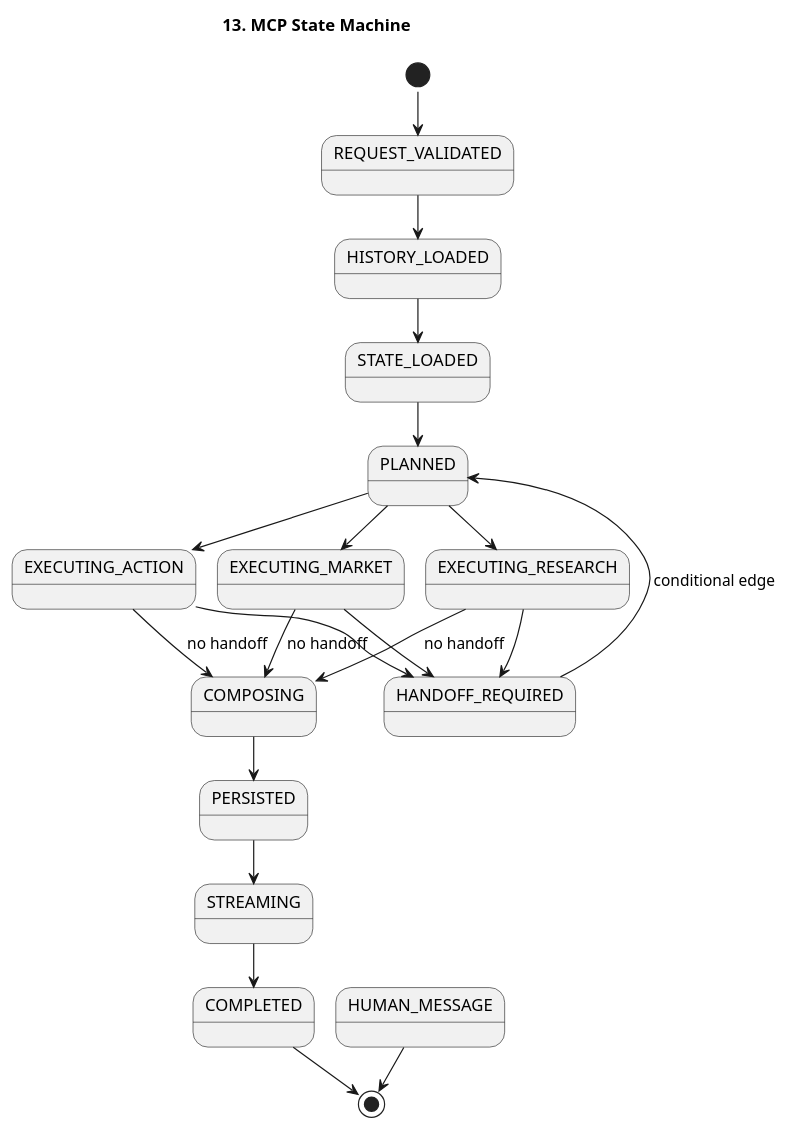
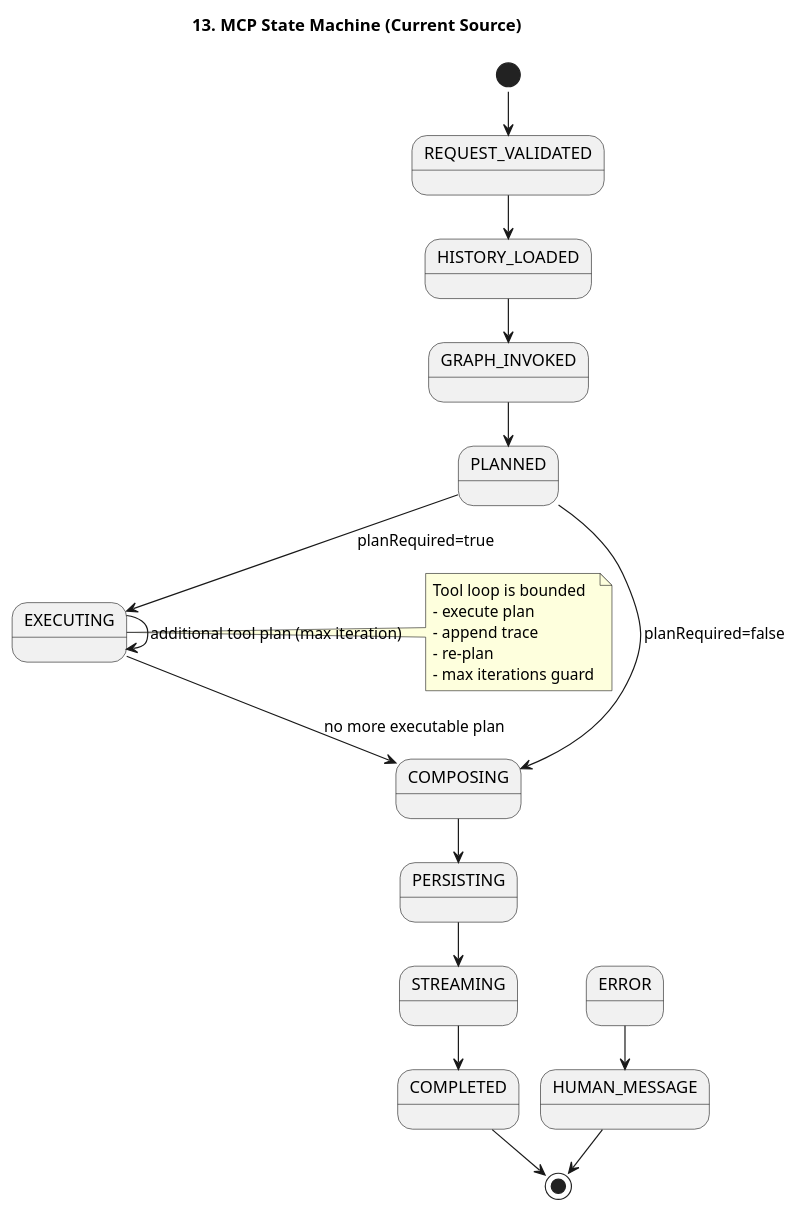
Before and after one commit to kim57uak/spring-ai: the diagram in documents/mcp-orchestrator-architecture/13-mcp-state-machine.puml, drawn with PlantUML. The commit also changed 63 other files, not shown here.

Commit message:
Refactor agent architecture, exception layering, and docs sync

```diff
--- a/documents/mcp-orchestrator-architecture/13-mcp-state-machine.puml
+++ b/documents/mcp-orchestrator-architecture/13-mcp-state-machine.puml
@@ -1,26 +1,34 @@
 @startuml
 !pragma layout smetana
-title 13. MCP State Machine
+title 13. MCP State Machine (Current Source)
 
 skinparam shadowing false
 
 [*] --> REQUEST_VALIDATED
 REQUEST_VALIDATED --> HISTORY_LOADED
-HISTORY_LOADED --> STATE_LOADED
-STATE_LOADED --> PLANNED
-PLANNED --> EXECUTING_RESEARCH
-PLANNED --> EXECUTING_MARKET
-PLANNED --> EXECUTING_ACTION
-EXECUTING_RESEARCH --> HANDOFF_REQUIRED
-EXECUTING_MARKET --> HANDOFF_REQUIRED
-EXECUTING_ACTION --> HANDOFF_REQUIRED
-HANDOFF_REQUIRED --> PLANNED : conditional edge
-EXECUTING_RESEARCH --> COMPOSING : no handoff
-EXECUTING_MARKET --> COMPOSING : no handoff
-EXECUTING_ACTION --> COMPOSING : no handoff
-COMPOSING --> PERSISTED
-PERSISTED --> STREAMING
+HISTORY_LOADED --> GRAPH_INVOKED
+GRAPH_INVOKED --> PLANNED
+
+PLANNED --> EXECUTING : planRequired=true
+PLANNED --> COMPOSING : planRequired=false
+
+EXECUTING --> EXECUTING : additional tool plan (max iteration)
+EXECUTING --> COMPOSING : no more executable plan
+
+COMPOSING --> PERSISTING
+PERSISTING --> STREAMING
 STREAMING --> COMPLETED
+
+COMPLETED --> [*]
 HUMAN_MESSAGE --> [*]
-COMPLETED --> [*]
+ERROR --> HUMAN_MESSAGE
+
+note right of EXECUTING
+Tool loop is bounded
+- execute plan
+- append trace
+- re-plan
+- max iterations guard
+end note
+
 @enduml
```
